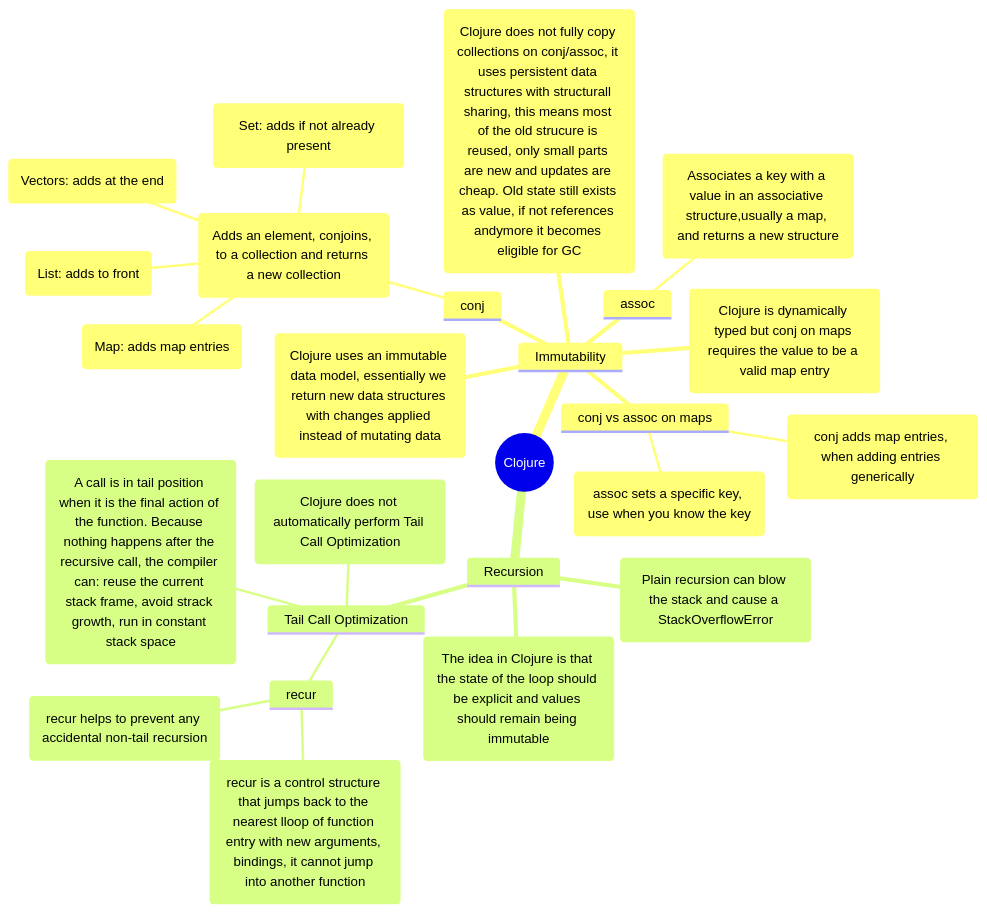
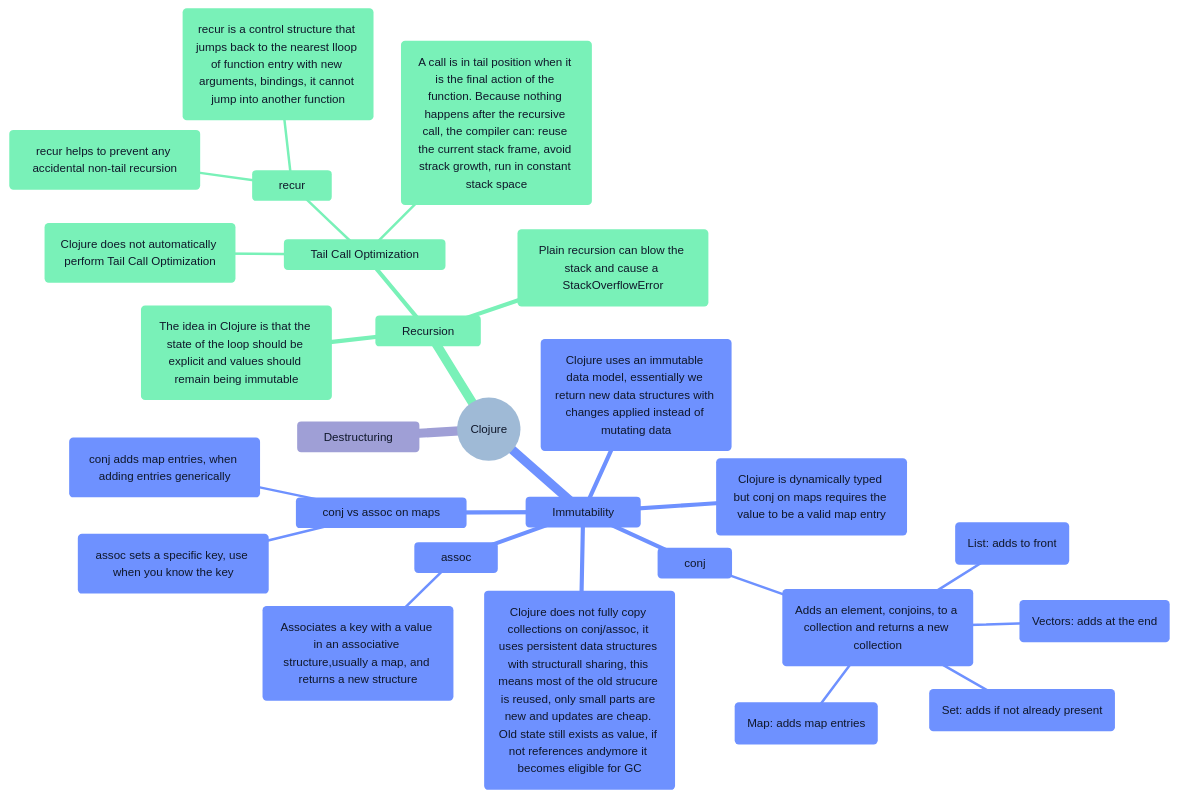
The diagram in mindmap.md (julian-schn/113478a-functional-programming), drawn with Mermaid before and after one commit.

Commit message:
feat: Add 'Destructuring' to the functional programming mindmap.

````diff
--- a/mindmap.md
+++ b/mindmap.md
@@ -1,28 +1,54 @@
 ```mermaid
+%%{init: {
+  "theme": "base",
+  "themeVariables": {
+    "background": "#FFFFFF",
+    "fontFamily": "ui-sans-serif, system-ui, -apple-system, Segoe UI, Roboto, Helvetica, Arial",
+    "fontSize": "14px",
+
+    "primaryColor": "#F8FAFC",
+    "primaryTextColor": "#0F172A",
+    "primaryBorderColor": "#CBD5E1",
+
+    "secondaryColor": "#EEF2FF",
+    "secondaryTextColor": "#0F172A",
+    "secondaryBorderColor": "#C7D2FE",
+
+    "tertiaryColor": "#ECFDF5",
+    "tertiaryTextColor": "#0F172A",
+    "tertiaryBorderColor": "#A7F3D0",
+
+    "lineColor": "#94A3B8",
+    "textColor": "#0F172A",
+    "edgeLabelBackground": "#FFFFFF"
+  },
+  "mindmap": { "padding": 16, "maxNodeWidth": 280 }
+} }%%
 mindmap
   root((Clojure))
     Immutability
         (Clojure uses an immutable data model, essentially we return new data structures with changes applied instead of mutating data)
         assoc
             (Associates a key with a value in an associative structure,usually a map, and returns a new structure)
         conj
             (Adds an element, conjoins, to a collection and returns a new collection)
                 (Vectors: adds at the end)
                 (List: adds to front)
                 (Set: adds if not already present)
                 (Map: adds map entries)
         conj vs assoc on maps
             (assoc sets a specific key, use when you know the key)
             (conj adds map entries, when adding entries generically)
         (Clojure is dynamically typed but conj on maps requires the value to be a valid map entry)
         (Clojure does not fully copy collections on conj/assoc, it uses persistent data structures with structurall sharing, this means most of the old strucure is reused, only small parts are new and updates are cheap. Old state still exists as value, if not references andymore it becomes eligible for GC)
     Recursion
         (The idea in Clojure is that the state of the loop should be explicit and values should remain being immutable)
         (Plain recursion can blow the stack and cause a StackOverflowError)
         Tail Call Optimization
             recur
                 (recur is a control structure that jumps back to the nearest lloop of function entry with new arguments, bindings, it cannot jump into another function)
                 (recur helps to prevent any accidental non-tail recursion)
             (Clojure does not automatically perform Tail Call Optimization)
             (A call is in tail position when it is the final action of the function. Because nothing happens after the recursive call, the compiler can: reuse the current stack frame, avoid strack growth, run in constant stack space)
+    Destructuring
 ```
````
